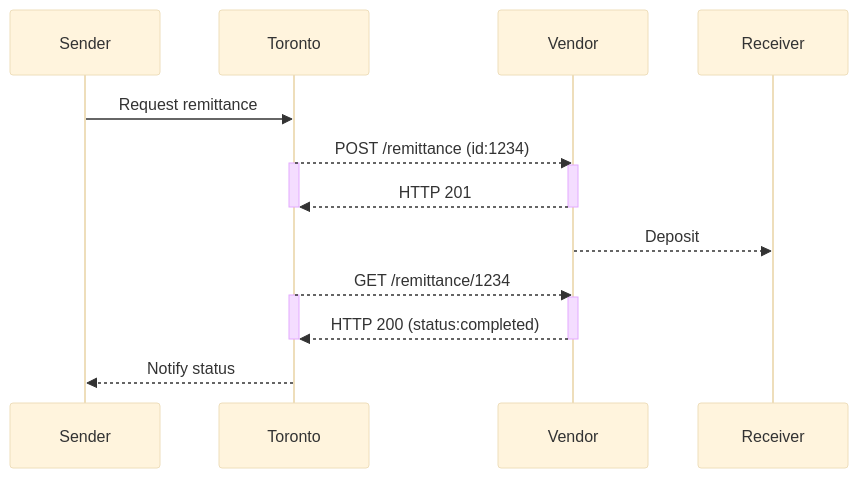
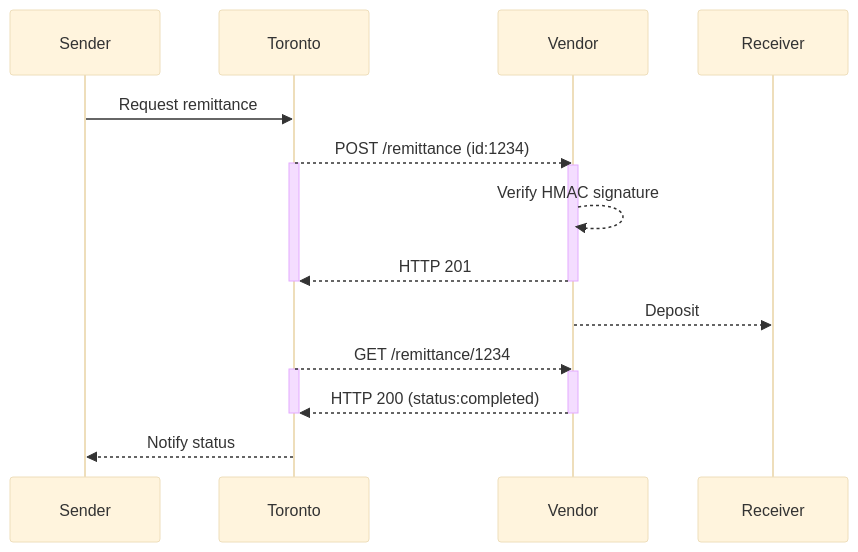
Before and after one commit to loud-n-clear/toronto-specs: the diagram in local-vendor/README.md, drawn with Mermaid (base theme). The commit also changed other lines of this file and 4 other files, not shown here.

````diff
--- a/local-vendor/README.md
+++ b/local-vendor/README.md
@@ -10,22 +10,23 @@
 ```mermaid!
 sequenceDiagram
     participant Sender
     participant Toronto
     participant Vendor
     participant Receiver
     Sender->>Toronto: Request remittance
     Toronto-->>Vendor: POST /remittance (id:1234)
     activate Toronto
     activate Vendor
+    Vendor-->>Vendor: Verify HMAC signature
     Vendor-->>Toronto: HTTP 201
     deactivate Vendor
     deactivate Toronto
     Vendor-->>Receiver: Deposit
     Toronto-->>Vendor: GET /remittance/1234
     activate Toronto
     activate Vendor
     Vendor-->>Toronto: HTTP 200 (status:completed)
     deactivate Vendor
     deactivate Toronto
     Toronto-->>Sender: Notify status
 ```
````
